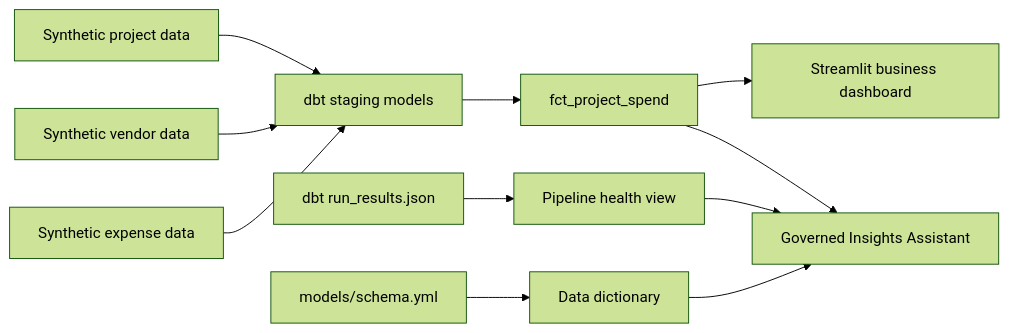
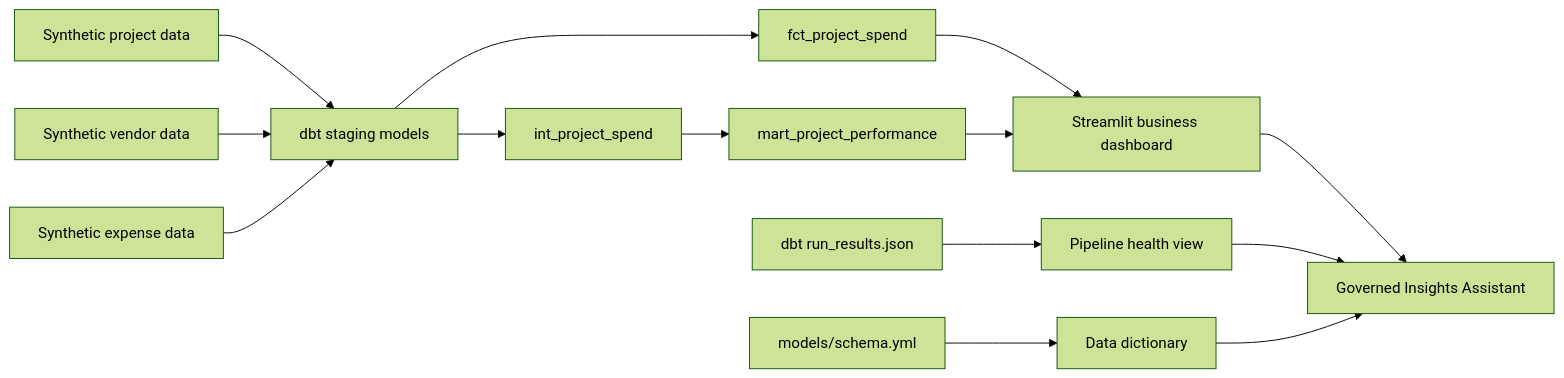
The diagram in README.md (ravi-rajpurohit-gh/places-ops), drawn with Mermaid (forest theme) before and after one commit. The commit also changed other lines of this file and 29 other files, not shown here.

````diff
--- a/README.md
+++ b/README.md
@@ -91,13 +95,16 @@
 ```mermaid
 flowchart LR
     A["Synthetic project data"] --> D["dbt staging models"]
     B["Synthetic vendor data"] --> D
     C["Synthetic expense data"] --> D
-    D --> E["fct_project_spend"]
-    E --> F["Streamlit business dashboard"]
-    G["dbt run_results.json"] --> H["Pipeline health view"]
-    I["models/schema.yml"] --> J["Data dictionary"]
-    E --> K["Governed Insights Assistant"]
-    H --> K
-    J --> K
+    D --> E["int_project_spend"]
+    D --> F["fct_project_spend"]
+    E --> G["mart_project_performance"]
+    F --> H["Streamlit business dashboard"]
+    G --> H
+    I["dbt run_results.json"] --> J["Pipeline health view"]
+    K["models/schema.yml"] --> L["Data dictionary"]
+    H --> M["Governed Insights Assistant"]
+    J --> M
+    L --> M
 ```
````
